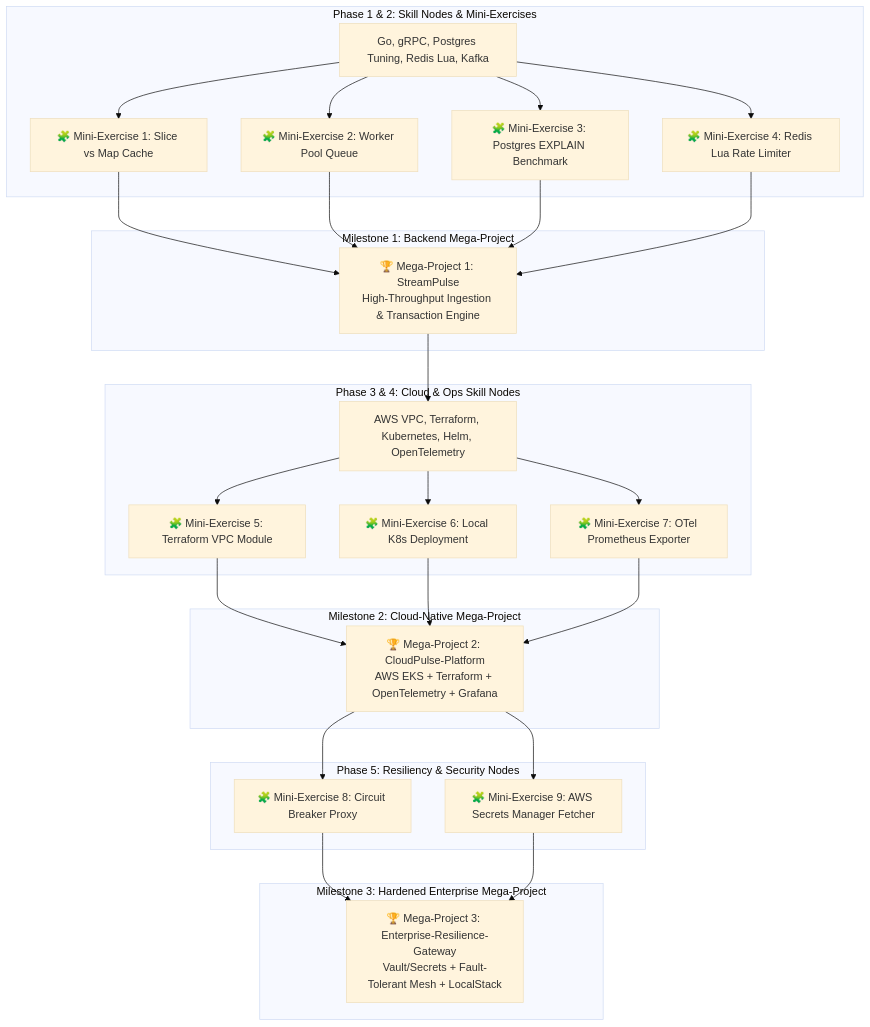
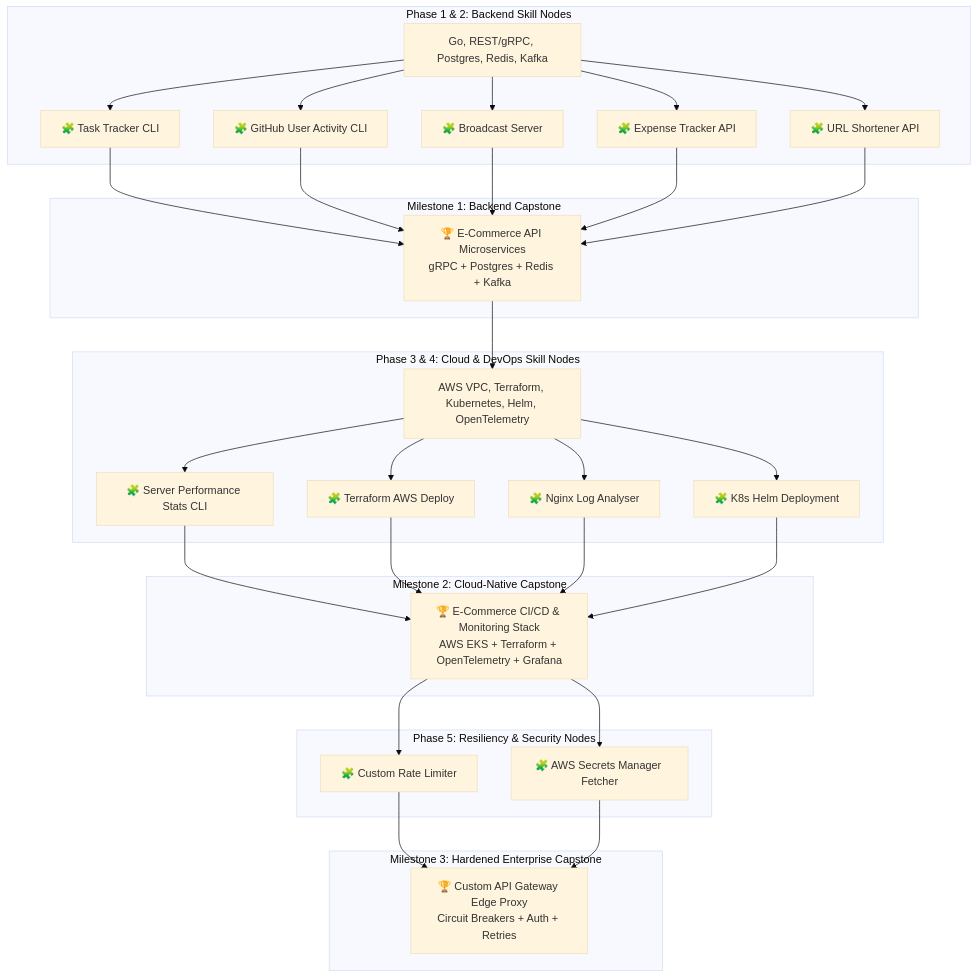
Before and after one commit to SoulByte07/Resume: the diagram in roadmap.md, drawn with Mermaid (base theme). The commit also changed other lines of this file and 16 other files, not shown here.

````diff
--- a/roadmap.md
+++ b/roadmap.md
@@ -9,38 +9,40 @@
 ```mermaid
 flowchart TD
-    subgraph Phase 1 & 2: Skill Nodes & Mini-Exercises
-        P1[Go, gRPC, Postgres Tuning, Redis Lua, Kafka]
-        E1[🧩 Mini-Exercise 1: Slice vs Map Cache]
-        E2[🧩 Mini-Exercise 2: Worker Pool Queue]
-        E3[🧩 Mini-Exercise 3: Postgres EXPLAIN Benchmark]
-        E4[🧩 Mini-Exercise 4: Redis Lua Rate Limiter]
+    subgraph Phase 1 & 2: Backend Skill Nodes
+        P1[Go, REST/gRPC, Postgres, Redis, Kafka]
+        E1[🧩 Task Tracker CLI]
+        E2[🧩 GitHub User Activity CLI]
+        E3[🧩 Broadcast Server]
+        E4[🧩 Expense Tracker API]
+        E5[🧩 URL Shortener API]
     end
 
-    subgraph Milestone 1: Backend Mega-Project
-        M1[🏆 Mega-Project 1: StreamPulse<br/>High-Throughput Ingestion & Transaction Engine]
+    subgraph Milestone 1: Backend Capstone
+        M1[🏆 E-Commerce API Microservices<br/>gRPC + Postgres + Redis + Kafka]
     end
 
-    subgraph Phase 3 & 4: Cloud & Ops Skill Nodes
+    subgraph Phase 3 & 4: Cloud & DevOps Skill Nodes
         P2[AWS VPC, Terraform, Kubernetes, Helm, OpenTelemetry]
-        E5[🧩 Mini-Exercise 5: Terraform VPC Module]
-        E6[🧩 Mini-Exercise 6: Local K8s Deployment]
-        E7[🧩 Mini-Exercise 7: OTel Prometheus Exporter]
+        E6[🧩 Server Performance Stats CLI]
+        E7[🧩 Terraform AWS Deploy]
+        E8[🧩 Nginx Log Analyser]
+        E9[🧩 K8s Helm Deployment]
     end
 
-    subgraph Milestone 2: Cloud-Native Mega-Project
-        M2[🏆 Mega-Project 2: CloudPulse-Platform<br/>AWS EKS + Terraform + OpenTelemetry + Grafana]
+    subgraph Milestone 2: Cloud-Native Capstone
+        M2[🏆 E-Commerce CI/CD & Monitoring Stack<br/>AWS EKS + Terraform + OpenTelemetry + Grafana]
     end
 
     subgraph Phase 5: Resiliency & Security Nodes
-        E8[🧩 Mini-Exercise 8: Circuit Breaker Proxy]
-        E9[🧩 Mini-Exercise 9: AWS Secrets Manager Fetcher]
+        E10[🧩 Custom Rate Limiter]
+        E11[🧩 AWS Secrets Manager Fetcher]
     end
 
-    subgraph Milestone 3: Hardened Enterprise Mega-Project
-        M3[🏆 Mega-Project 3: Enterprise-Resilience-Gateway<br/>Vault/Secrets + Fault-Tolerant Mesh + LocalStack]
+    subgraph Milestone 3: Hardened Enterprise Capstone
+        M3[🏆 Custom API Gateway Edge Proxy<br/>Circuit Breakers + Auth + Retries]
     end
 
-    P1 --> E1 & E2 & E3 & E4 --> M1
-    M1 --> P2 --> E5 & E6 & E7 --> M2
-    M2 --> E8 & E9 --> M3
+    P1 --> E1 & E2 & E3 & E4 & E5 --> M1
+    M1 --> P2 --> E6 & E7 & E8 & E9 --> M2
+    M2 --> E10 & E11 --> M3
 ```
````
